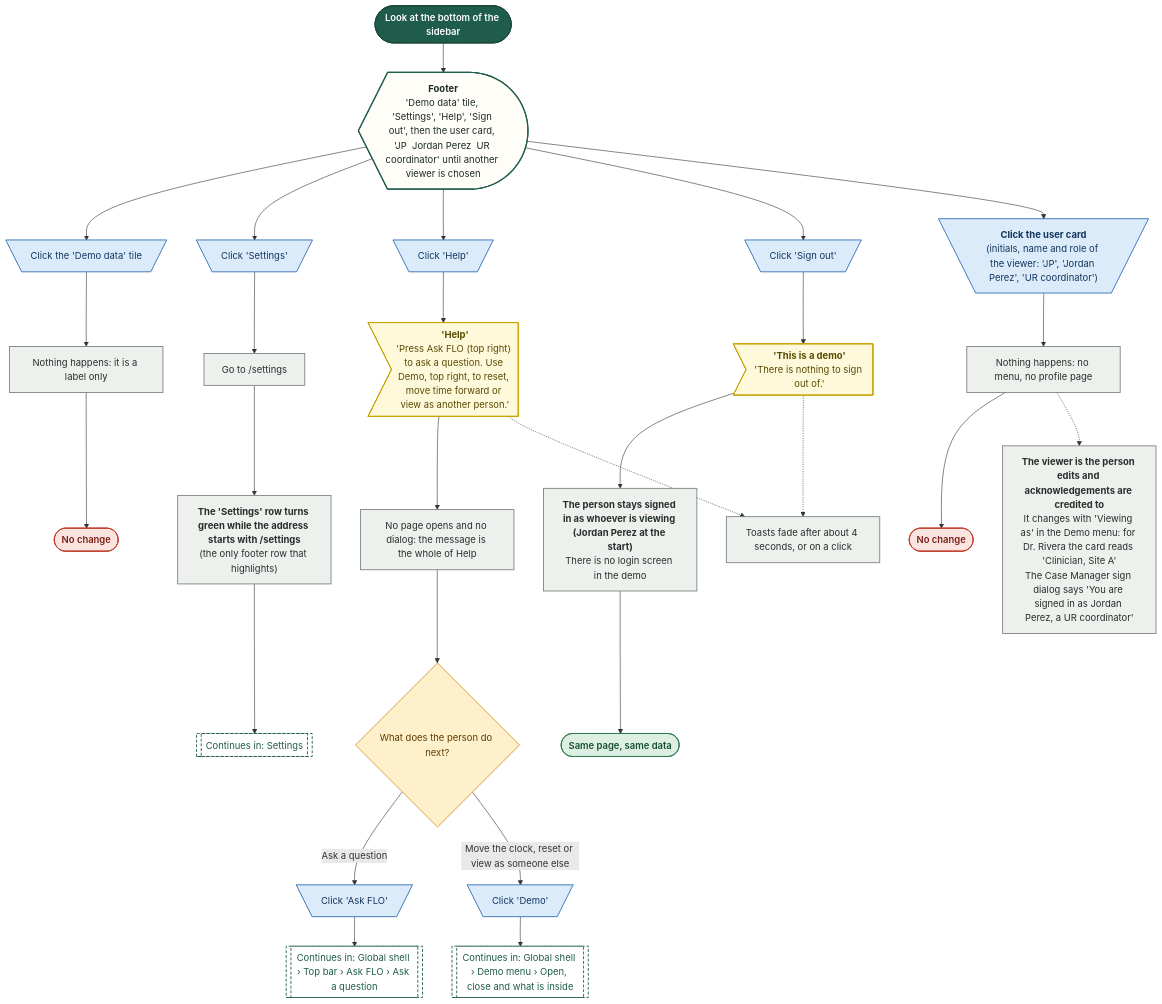
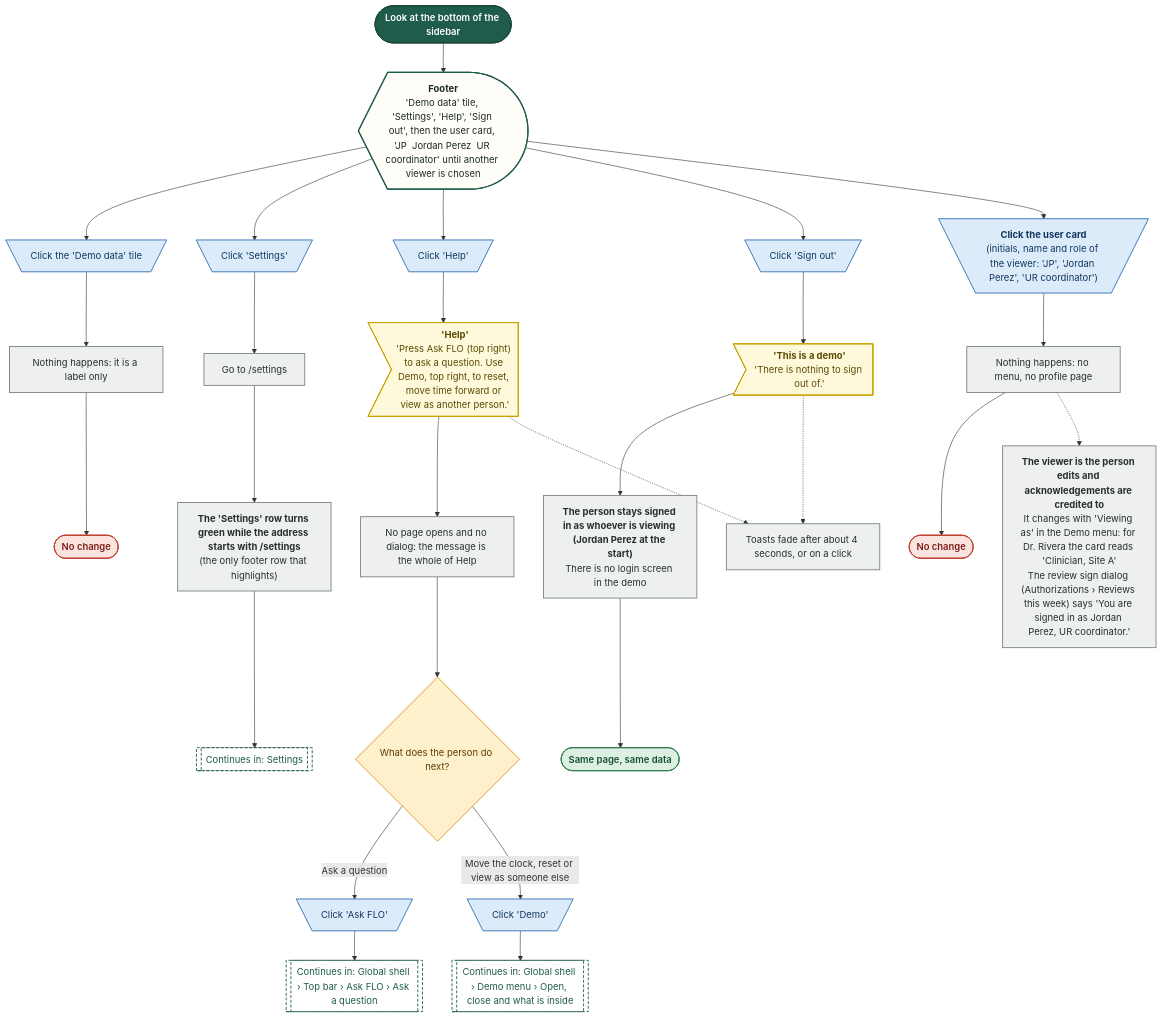
Before and after one commit to Shrav143/psyfloapp: the diagram in demos/prior-auth-demo/workflows/out/mmd/01-global-shell/50-footer-settings-help-sign-out-user.mmd, drawn with Mermaid. The commit also changed 113 other files, not shown here.

First line of the commit message:
docs: workflow diagrams for the merged Authorizations (worklist, approved, reviews and tracked cases, sidebar arrow), every link retargeted, 336 diagrams

```diff
--- a/demos/prior-auth-demo/workflows/out/mmd/01-global-shell/50-footer-settings-help-sign-out-user.mmd
+++ b/demos/prior-auth-demo/workflows/out/mmd/01-global-shell/50-footer-settings-help-sign-out-user.mmd
@@ -1,64 +1,64 @@
 %%{init: {"theme":"base","themeVariables":{"fontFamily":"'DM Sans', 'Segoe UI', system-ui, sans-serif","fontSize":"15px","lineColor":"#5B6B63","primaryTextColor":"#1C2B25","clusterBkg":"#FBF8F3","clusterBorder":"#D9CDBB","edgeLabelBackground":"#FFFFFF"},"flowchart":{"curve":"basis","nodeSpacing":36,"rankSpacing":48,"padding":12,"htmlLabels":true,"useMaxWidth":false,"wrappingWidth":230}} }%%
 flowchart TD
   classDef k_start fill:#1F5C4B,stroke:#174638,color:#FFFFFF,stroke-width:1.5px,font-weight:600
   classDef k_end fill:#DDEFE3,stroke:#2E7D4F,color:#14502F,stroke-width:1.5px,font-weight:600
   classDef k_endx fill:#FBE3E0,stroke:#C0392B,color:#7A1F16,stroke-width:1.5px,font-weight:600
   classDef k_screen fill:#FFFDF8,stroke:#1F5C4B,color:#1C2B25,stroke-width:2px
   classDef k_overlay fill:#F1F7F3,stroke:#1F5C4B,color:#1C2B25,stroke-width:2px,stroke-dasharray:5 3
   classDef k_click fill:#DCEBFA,stroke:#2F6DB5,color:#12365F,stroke-width:1.5px
   classDef k_input fill:#E4E7FF,stroke:#4C5FD5,color:#1D2670,stroke-width:1.5px
   classDef k_process fill:#EEF0EE,stroke:#7A857F,color:#26302B,stroke-width:1.5px
   classDef k_agent fill:#EEE5FA,stroke:#7A4FC2,color:#341A63,stroke-width:1.5px
   classDef k_decision fill:#FFF0CC,stroke:#D9962B,color:#5C3B00,stroke-width:1.5px
   classDef k_store fill:#D5F0EA,stroke:#1C8E7B,color:#0B4A3F,stroke-width:1.5px
   classDef k_doc fill:#F6E9DC,stroke:#B07A4C,color:#4A2E14,stroke-width:1.5px
   classDef k_ext fill:#FFE6D2,stroke:#E07B39,color:#6B2F06,stroke-width:1.5px
   classDef k_wait fill:#E4E8EE,stroke:#6B7C93,color:#26303D,stroke-width:1.5px
   classDef k_toast fill:#FFF9DB,stroke:#C9A400,color:#5A4A00,stroke-width:1.5px
   classDef k_goto fill:#FFFFFF,stroke:#1F5C4B,color:#1F5C4B,stroke-width:1.5px,stroke-dasharray:5 3
   s1@{ shape: stadium, label: "Look at the bottom of the sidebar" }
   foot@{ shape: curv-trap, label: "<b>Footer</b><br/>'Demo data' tile, 'Settings', 'Help', 'Sign out', then the user card, 'JP  Jordan Perez  UR coordinator' until another viewer is chosen" }
   cTile@{ shape: trap-t, label: "Click the 'Demo data' tile" }
   pTile@{ shape: rect, label: "Nothing happens: it is a label only" }
   eTile@{ shape: stadium, label: "No change" }
   cSet@{ shape: trap-t, label: "Click 'Settings'" }
   pSet@{ shape: rect, label: "Go to /settings" }
   pSetOn@{ shape: rect, label: "<b>The 'Settings' row turns green while the address starts with /settings</b><br/>(the only footer row that highlights)" }
   gSet@{ shape: subproc, label: "Continues in: Settings" }
   cHelp@{ shape: trap-t, label: "Click 'Help'" }
   tHelp@{ shape: odd, label: "<b>'Help'</b><br/>'Press Ask FLO (top right) to ask a question. Use Demo, top right, to reset, move time forward or view as another person.'" }
   pHelp@{ shape: rect, label: "No page opens and no dialog: the message is the whole of Help" }
   dHelp@{ shape: diam, label: "What does the person do next?" }
   cAsk@{ shape: trap-t, label: "Click 'Ask FLO'" }
   cDemo@{ shape: trap-t, label: "Click 'Demo'" }
   gAsk@{ shape: subproc, label: "Continues in: Global shell › Top bar › Ask FLO › Ask a question" }
   gDemo@{ shape: subproc, label: "Continues in: Global shell › Demo menu › Open, close and what is inside" }
   cOut@{ shape: trap-t, label: "Click 'Sign out'" }
   tOut@{ shape: odd, label: "<b>'This is a demo'</b><br/>'There is nothing to sign out of.'" }
   pOut@{ shape: rect, label: "<b>The person stays signed in as whoever is viewing (Jordan Perez at the start)</b><br/>There is no login screen in the demo" }
   eOut@{ shape: stadium, label: "Same page, same data" }
   cCard@{ shape: trap-t, label: "<b>Click the user card</b><br/>(initials, name and role of the viewer: 'JP', 'Jordan Perez', 'UR coordinator')" }
   pCard@{ shape: rect, label: "Nothing happens: no menu, no profile page" }
-  pWho@{ shape: rect, label: "<b>The viewer is the person edits and acknowledgements are credited to</b><br/>It changes with 'Viewing as' in the Demo menu: for Dr. Rivera the card reads 'Clinician, Site A'<br/>The Case Manager sign dialog says 'You are signed in as Jordan Perez, a UR coordinator'" }
+  pWho@{ shape: rect, label: "<b>The viewer is the person edits and acknowledgements are credited to</b><br/>It changes with 'Viewing as' in the Demo menu: for Dr. Rivera the card reads 'Clinician, Site A'<br/>The review sign dialog (Authorizations › Reviews this week) says 'You are signed in as Jordan Perez, UR coordinator.'" }
   eCard@{ shape: stadium, label: "No change" }
   pToast@{ shape: rect, label: "Toasts fade after about 4 seconds, or on a click" }
   s1 --> foot
   foot --> cTile --> pTile --> eTile
   foot --> cSet --> pSet --> pSetOn --> gSet
   foot --> cHelp --> tHelp --> pHelp --> dHelp
   dHelp -->|"Ask a question"| cAsk --> gAsk
   dHelp -->|"Move the clock, reset or view as someone else"| cDemo --> gDemo
   foot --> cOut --> tOut --> pOut --> eOut
   foot --> cCard --> pCard --> eCard
   pCard -.-> pWho
   tHelp -.-> pToast
   tOut -.-> pToast
   class s1 k_start
   class foot k_screen
   class cTile,cSet,cHelp,cAsk,cDemo,cOut,cCard k_click
   class pTile,pSet,pSetOn,pHelp,pOut,pCard,pWho,pToast k_process
   class eTile,eCard k_endx
   class gSet,gAsk,gDemo k_goto
   class tHelp,tOut k_toast
   class dHelp k_decision
   class eOut k_end
```
